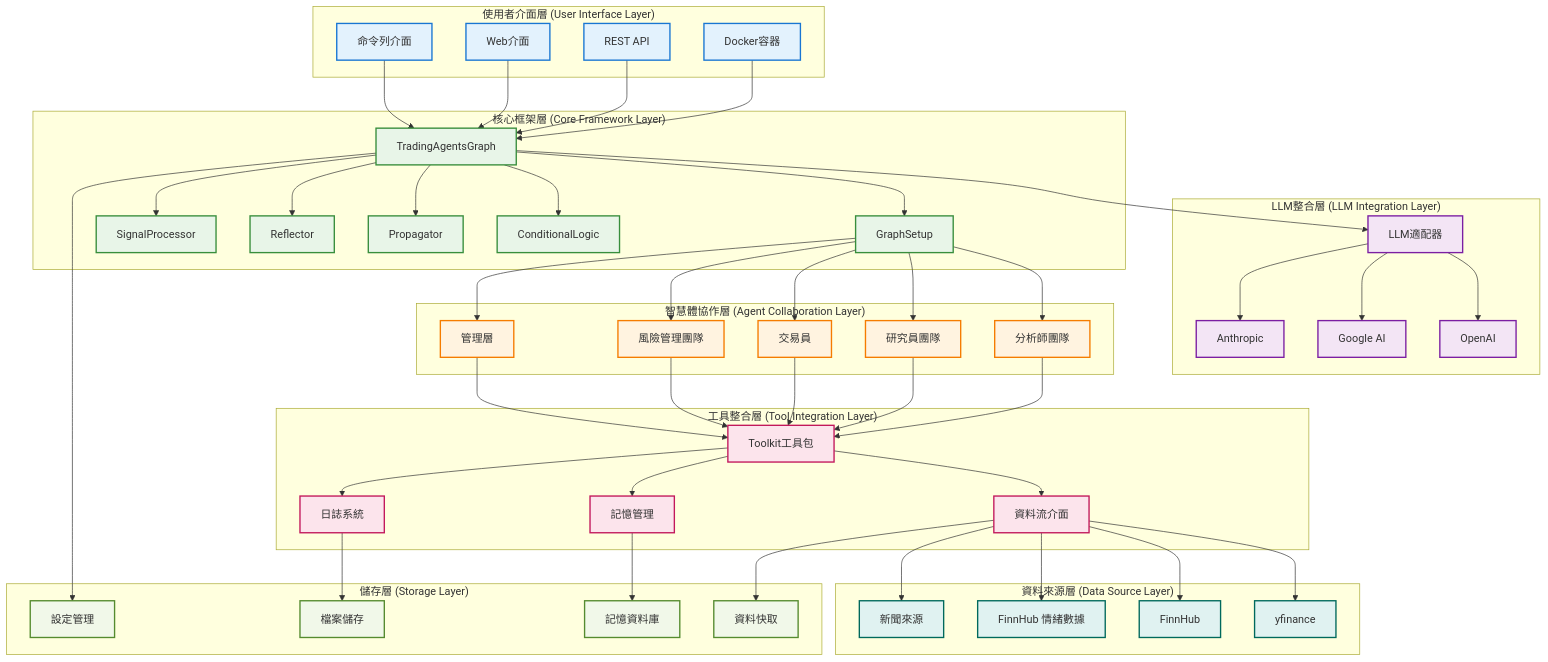
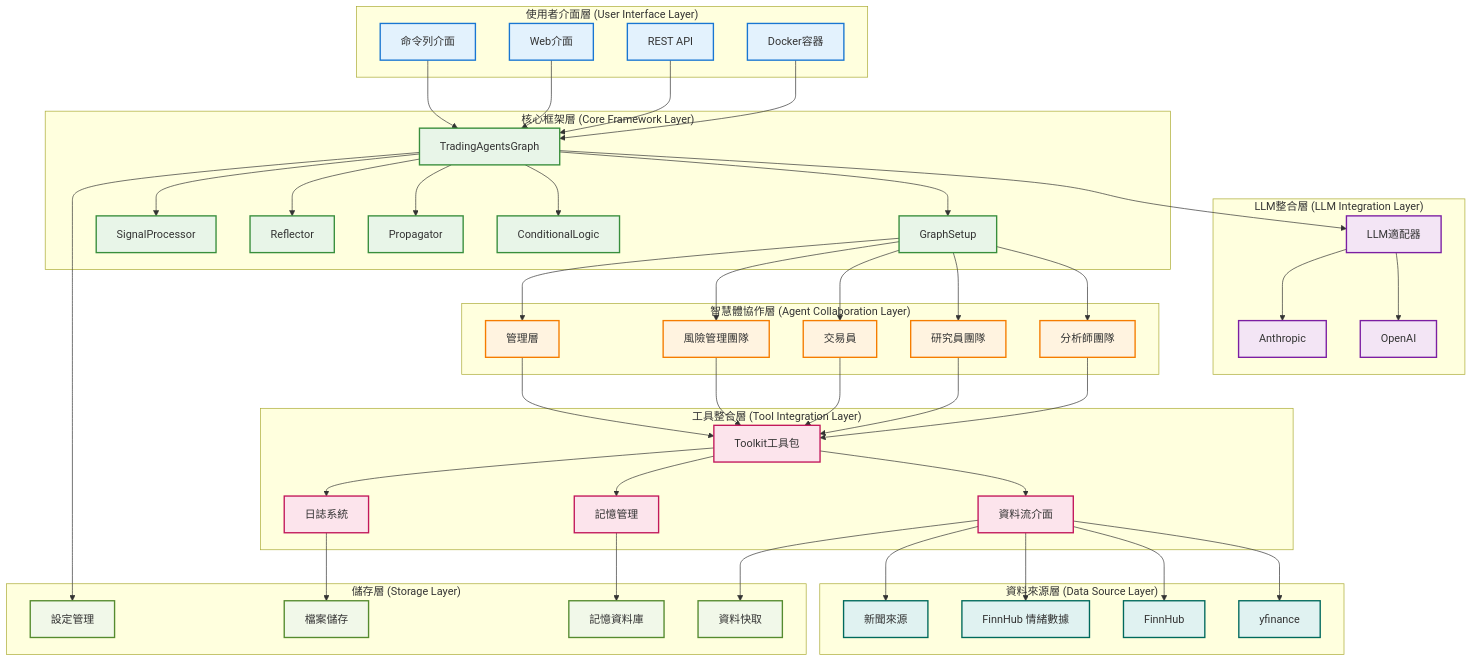
The first of 2 diagrams in docs/architecture/v0.1.13/system-architecture.md (aiinpocket/TradingAgents-CN), drawn with Mermaid before and after one commit. The commit also changed other lines of this file and 20 other files, not shown here.

```diff
--- a/docs/architecture/v0.1.13/system-architecture.md
+++ b/docs/architecture/v0.1.13/system-architecture.md
@@ -28,7 +28,6 @@
 
     subgraph "LLM整合層 (LLM Integration Layer)"
         OPENAI[OpenAI]
-        GOOGLE[Google AI]
         ANTHROPIC[Anthropic]
         ADAPTERS[LLM適配器]
     end
@@ -79,7 +78,6 @@
 
     GRAPH --> ADAPTERS
     ADAPTERS --> OPENAI
-    ADAPTERS --> GOOGLE
     ADAPTERS --> ANTHROPIC
 
     GRAPH --> SETUP
@@ -124,7 +122,7 @@
     classDef storageLayer fill:#f1f8e9,stroke:#558b2f,stroke-width:2px
 
     class CLI,WEB,API,DOCKER uiLayer
-    class OPENAI,GOOGLE,ANTHROPIC,ADAPTERS llmLayer
+    class OPENAI,ANTHROPIC,ADAPTERS llmLayer
     class GRAPH,SETUP,CONDITIONAL,PROPAGATOR,REFLECTOR,SIGNAL coreLayer
     class ANALYSTS,RESEARCHERS,TRADER,RISKMGMT,MANAGERS agentLayer
     class TOOLKIT,DATAFLOW,MEMORY,LOGGING toolLayer
```
